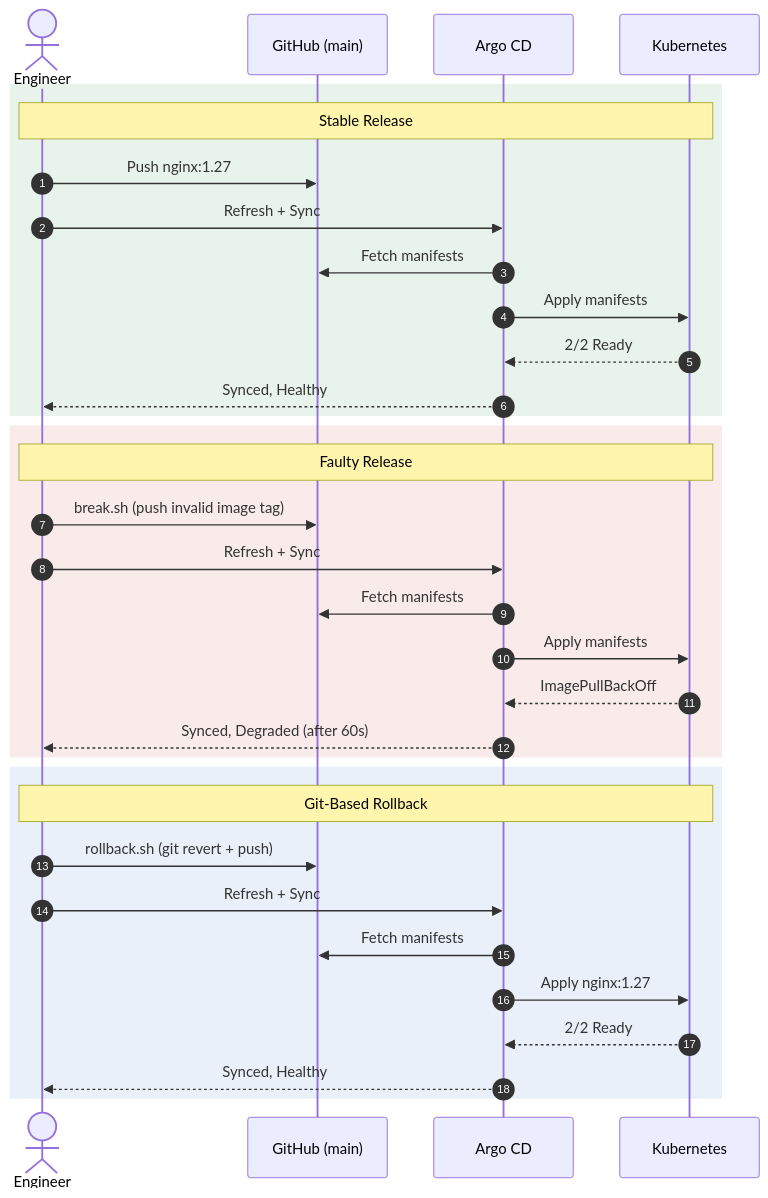
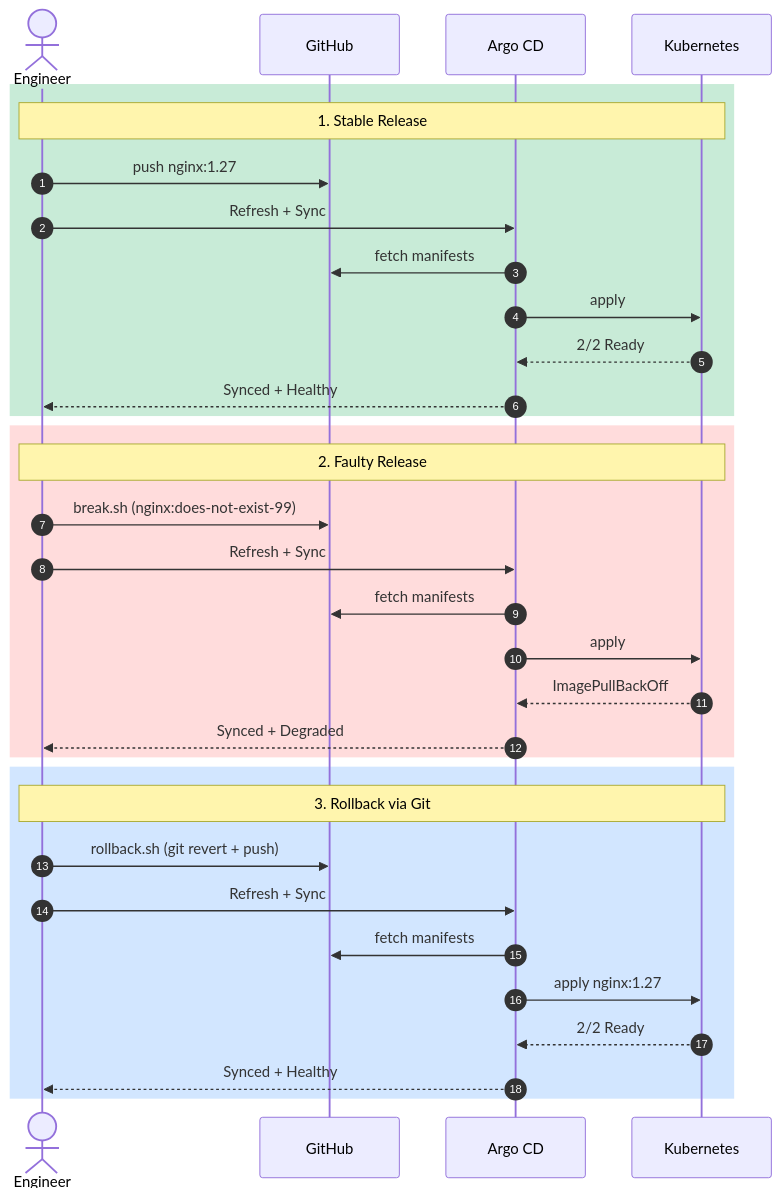
One commit to aliaagamall/site-reliability-engineering changed the second of 2 diagrams in module-03-sre-operations-and-toil/part-03-gitops-and-ai-for-site-reliability-engineering/argocd-rollback-lab/README.md. Above: the diagram before and after it, drawn with Mermaid. The commit also changed other lines of this file, not shown here.

Commit message:
docs(argocd): refine GitOps rollback sequence diagram

````diff
--- a/module-03-sre-operations-and-toil/part-03-gitops-and-ai-for-site-reliability-engineering/argocd-rollback-lab/README.md
+++ b/module-03-sre-operations-and-toil/part-03-gitops-and-ai-for-site-reliability-engineering/argocd-rollback-lab/README.md
@@ -19,38 +139,38 @@
 ```mermaid
 sequenceDiagram
     autonumber
     actor Eng as Engineer
-    participant Git as GitHub (main)
+    participant Git as GitHub
     participant Argo as Argo CD
     participant K8s as Kubernetes
 
-    rect rgb(232, 243, 236)
-        Note over Eng,K8s: Stable Release
-        Eng->>Git: Push nginx:1.27
+    rect rgb(200, 235, 215)
+        Note over Eng,K8s: 1. Stable Release
+        Eng->>Git: push nginx:1.27
         Eng->>Argo: Refresh + Sync
-        Argo->>Git: Fetch manifests
-        Argo->>K8s: Apply manifests
+        Argo->>Git: fetch manifests
+        Argo->>K8s: apply
         K8s-->>Argo: 2/2 Ready
-        Argo-->>Eng: Synced, Healthy
+        Argo-->>Eng: Synced + Healthy
     end
 
-    rect rgb(249, 235, 234)
-        Note over Eng,K8s: Faulty Release
-        Eng->>Git: break.sh (push invalid image tag)
+    rect rgb(255, 220, 220)
+        Note over Eng,K8s: 2. Faulty Release
+        Eng->>Git: break.sh (nginx:does-not-exist-99)
         Eng->>Argo: Refresh + Sync
-        Argo->>Git: Fetch manifests
-        Argo->>K8s: Apply manifests
+        Argo->>Git: fetch manifests
+        Argo->>K8s: apply
         K8s-->>Argo: ImagePullBackOff
-        Argo-->>Eng: Synced, Degraded (after 60s)
+        Argo-->>Eng: Synced + Degraded
     end
 
-    rect rgb(233, 240, 249)
-        Note over Eng,K8s: Git-Based Rollback
+    rect rgb(210, 230, 255)
+        Note over Eng,K8s: 3. Rollback via Git
         Eng->>Git: rollback.sh (git revert + push)
         Eng->>Argo: Refresh + Sync
-        Argo->>Git: Fetch manifests
-        Argo->>K8s: Apply nginx:1.27
+        Argo->>Git: fetch manifests
+        Argo->>K8s: apply nginx:1.27
         K8s-->>Argo: 2/2 Ready
-        Argo-->>Eng: Synced, Healthy
+        Argo-->>Eng: Synced + Healthy
     end
 ```
````
